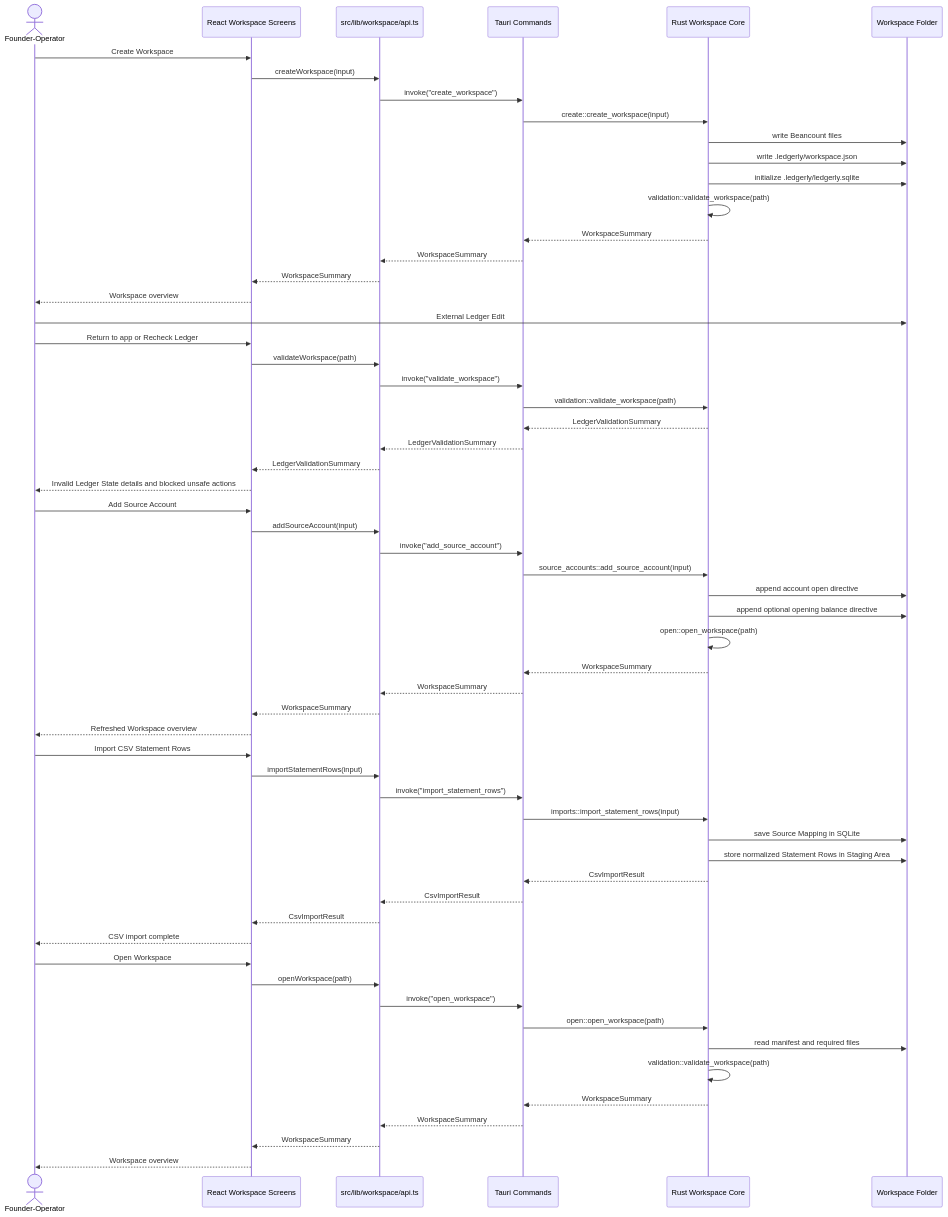
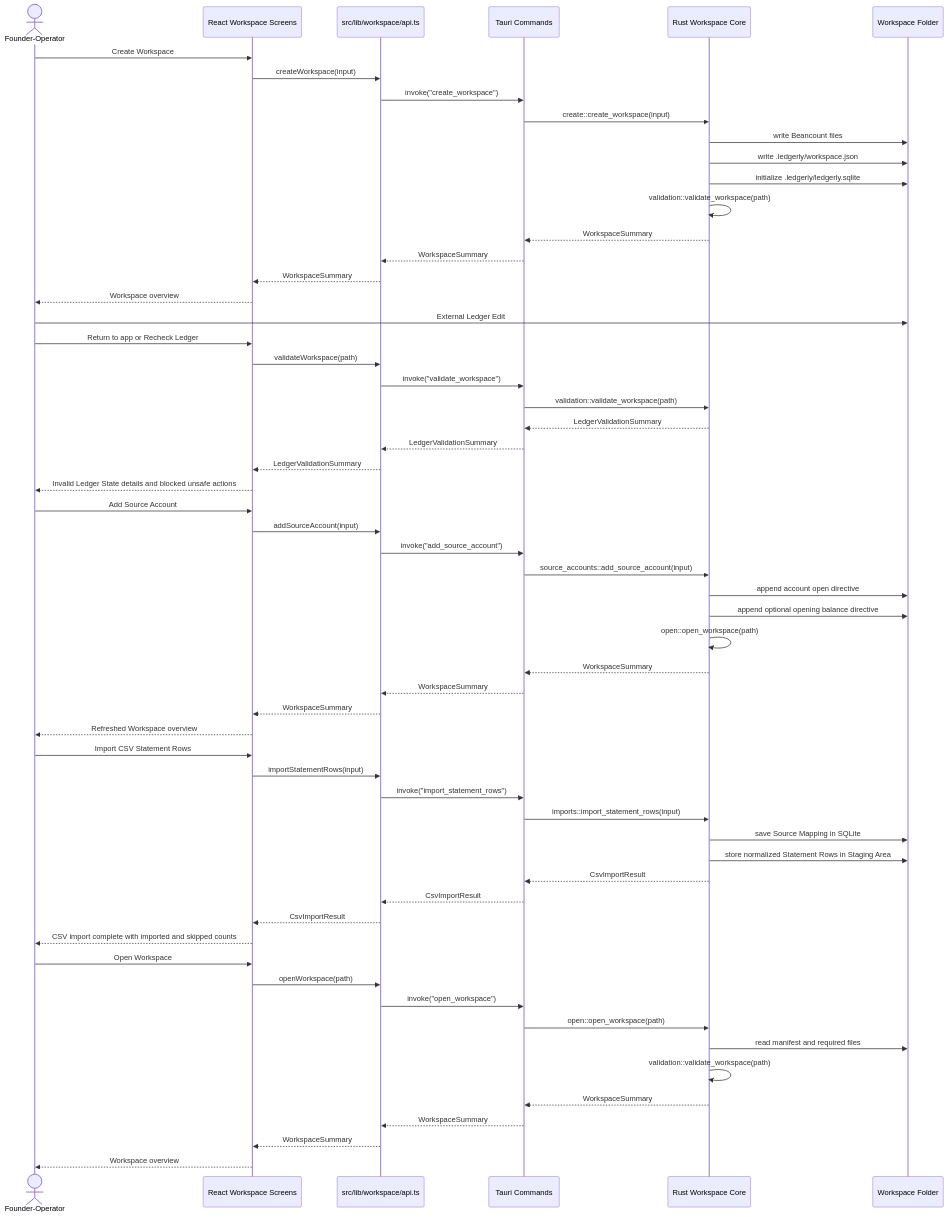
One commit to ryenski/Ledgerly-MVP changed the second of 4 diagrams in docs/architecture.md. Above: the diagram before and after it, drawn with Mermaid. The commit also changed other lines of this file and 4 other files, not shown here.

````diff
--- a/docs/architecture.md
+++ b/docs/architecture.md
@@ -100,66 +100,66 @@
 ```mermaid
 sequenceDiagram
   actor User as Founder-Operator
   participant UI as React Workspace Screens
   participant API as src/lib/workspace/api.ts
   participant Cmd as Tauri Commands
   participant Core as Rust Workspace Core
   participant Disk as Workspace Folder
 
   User->>UI: Create Workspace
   UI->>API: createWorkspace(input)
   API->>Cmd: invoke("create_workspace")
   Cmd->>Core: create::create_workspace(input)
   Core->>Disk: write Beancount files
   Core->>Disk: write .ledgerly/workspace.json
   Core->>Disk: initialize .ledgerly/ledgerly.sqlite
   Core->>Core: validation::validate_workspace(path)
   Core-->>Cmd: WorkspaceSummary
   Cmd-->>API: WorkspaceSummary
   API-->>UI: WorkspaceSummary
   UI-->>User: Workspace overview
 
   User->>Disk: External Ledger Edit
   User->>UI: Return to app or Recheck Ledger
   UI->>API: validateWorkspace(path)
   API->>Cmd: invoke("validate_workspace")
   Cmd->>Core: validation::validate_workspace(path)
   Core-->>Cmd: LedgerValidationSummary
   Cmd-->>API: LedgerValidationSummary
   API-->>UI: LedgerValidationSummary
   UI-->>User: Invalid Ledger State details and blocked unsafe actions
 
   User->>UI: Add Source Account
   UI->>API: addSourceAccount(input)
   API->>Cmd: invoke("add_source_account")
   Cmd->>Core: source_accounts::add_source_account(input)
   Core->>Disk: append account open directive
   Core->>Disk: append optional opening balance directive
   Core->>Core: open::open_workspace(path)
   Core-->>Cmd: WorkspaceSummary
   Cmd-->>API: WorkspaceSummary
   API-->>UI: WorkspaceSummary
   UI-->>User: Refreshed Workspace overview
 
   User->>UI: Import CSV Statement Rows
   UI->>API: importStatementRows(input)
   API->>Cmd: invoke("import_statement_rows")
   Cmd->>Core: imports::import_statement_rows(input)
   Core->>Disk: save Source Mapping in SQLite
   Core->>Disk: store normalized Statement Rows in Staging Area
   Core-->>Cmd: CsvImportResult
   Cmd-->>API: CsvImportResult
   API-->>UI: CsvImportResult
-  UI-->>User: CSV import complete
+  UI-->>User: CSV import complete with imported and skipped counts
 
   User->>UI: Open Workspace
   UI->>API: openWorkspace(path)
   API->>Cmd: invoke("open_workspace")
   Cmd->>Core: open::open_workspace(path)
   Core->>Disk: read manifest and required files
   Core->>Core: validation::validate_workspace(path)
   Core-->>Cmd: WorkspaceSummary
   Cmd-->>API: WorkspaceSummary
   API-->>UI: WorkspaceSummary
   UI-->>User: Workspace overview
 ```
````
